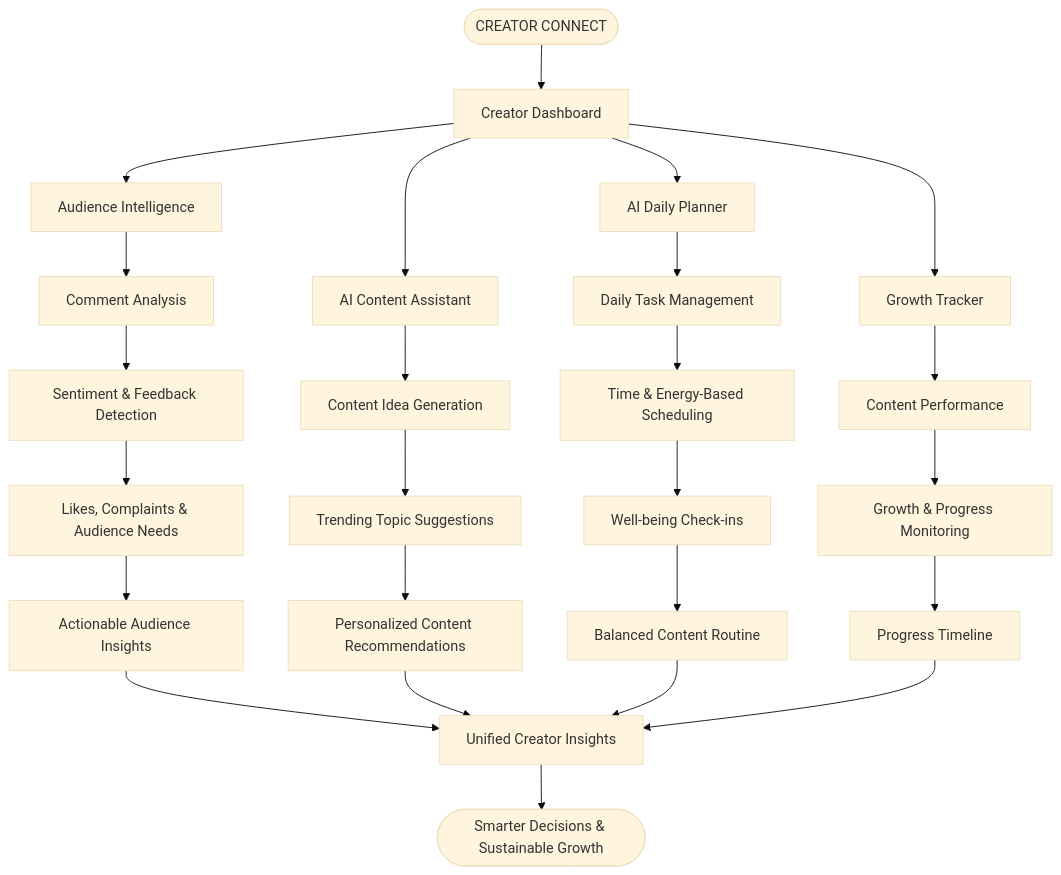
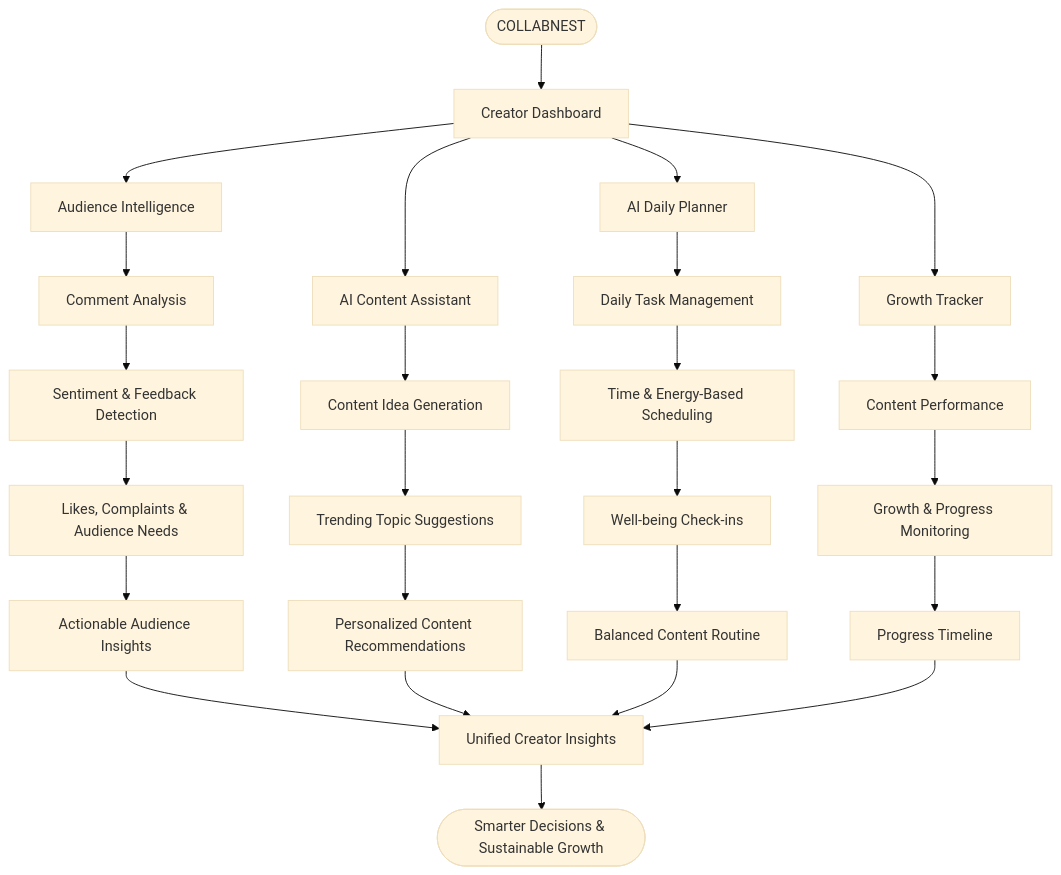
Before and after one commit to dipanjanmaitycse2026-cmyk/creatorconnect: the first of 2 diagrams in README.md, drawn with Mermaid (base theme). The commit also changed other lines of this file, not shown here.

````diff
--- a/README.md
+++ b/README.md
@@ -40,34 +40,34 @@
 ```mermaid
 flowchart TD
-    A([" CREATOR CONNECT"]) --> B["Creator Dashboard"]
+    A([" COLLABNEST"]) --> B["Creator Dashboard"]
 
     B --> C["Audience Intelligence"]
     B --> D["AI Content Assistant"]
     B --> E["AI Daily Planner"]
     B --> F["Growth Tracker"]
 
     C --> C1["Comment Analysis"]
     C1 --> C2["Sentiment & Feedback Detection"]
     C2 --> C3["Likes, Complaints & Audience Needs"]
     C3 --> C4["Actionable Audience Insights"]
 
     D --> D1["Content Idea Generation"]
     D1 --> D2["Trending Topic Suggestions"]
     D2 --> D3["Personalized Content Recommendations"]
 
     E --> E1["Daily Task Management"]
     E1 --> E2["Time & Energy-Based Scheduling"]
     E2 --> E3["Well-being Check-ins"]
     E3 --> E4["Balanced Content Routine"]
 
     F --> F1["Content Performance"]
     F1 --> F2["Growth & Progress Monitoring"]
     F2 --> F3["Progress Timeline"]
 
     C4 --> G["Unified Creator Insights"]
     D3 --> G
     E4 --> G
     F3 --> G
 
     G --> H(["Smarter Decisions & Sustainable Growth"])
 ```
````
